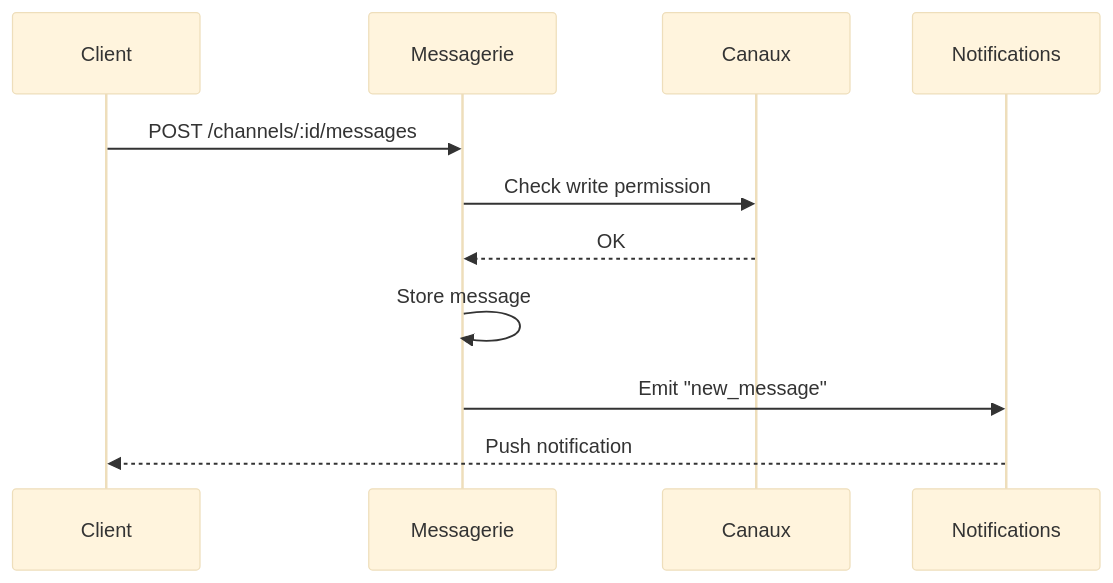
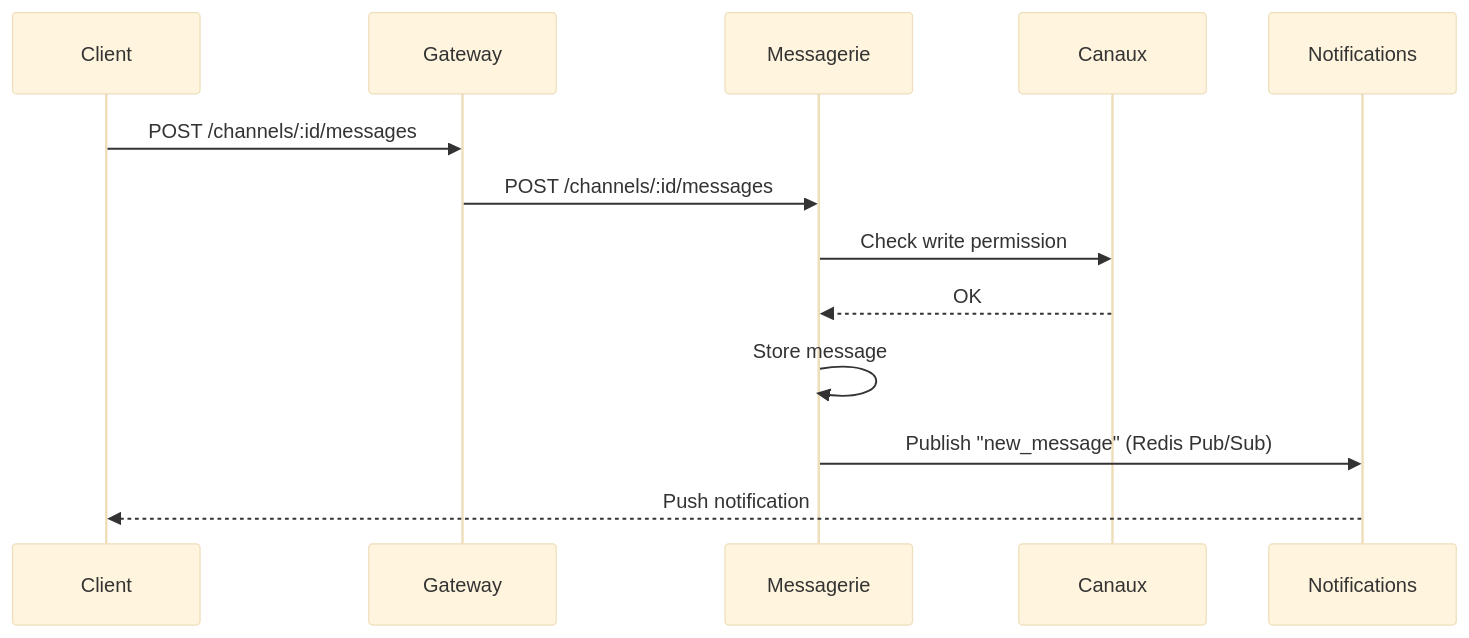
Before and after one commit to Razano26/Beep-TAD.AM: the first of 4 diagrams in vue_logique/02-flux.adoc, drawn with Mermaid (base theme). The commit also changed other lines of this file and 4 other files, not shown here.

Commit message:
feat: Enhance Beep application documentation by adding detailed sequence diagrams for user case scenarios, refining business rules, and clarifying service interactions for improved understanding and usability

```diff
--- a/vue_logique/02-flux.adoc
+++ b/vue_logique/02-flux.adoc
@@ -35,15 +33,17 @@
 [mermaid]
 ----
 sequenceDiagram
     participant Client
+    participant Gateway
     participant Messagerie
     participant Canaux
     participant Notifications
 
-    Client->>Messagerie: POST /channels/:id/messages
+    Client->>Gateway: POST /channels/:id/messages
+    Gateway->>Messagerie: POST /channels/:id/messages
     Messagerie->>Canaux: Check write permission
     Canaux-->>Messagerie: OK
     Messagerie->>Messagerie: Store message
-    Messagerie->>Notifications: Emit "new_message"
+    Messagerie->>Notifications: Publish "new_message" (Redis Pub/Sub)
     Notifications-->>Client: Push notification
 ----
```
